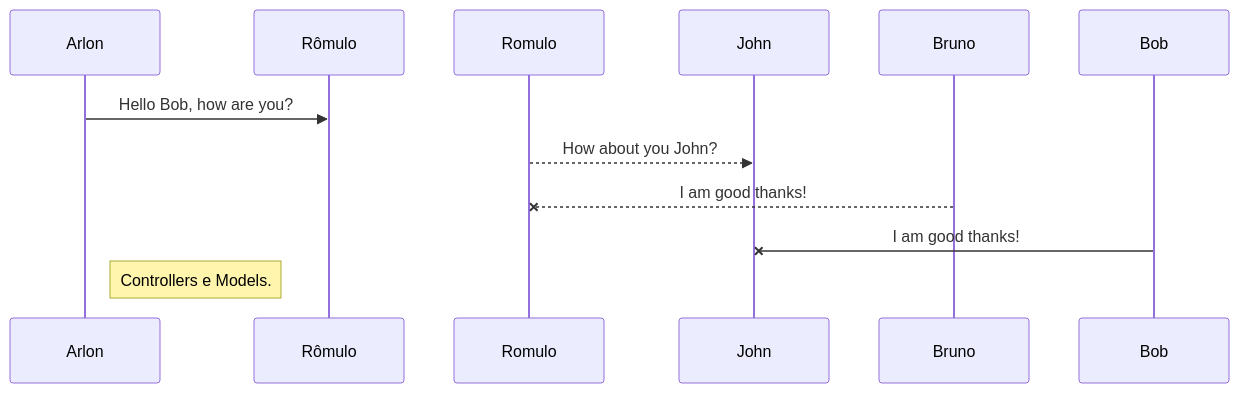
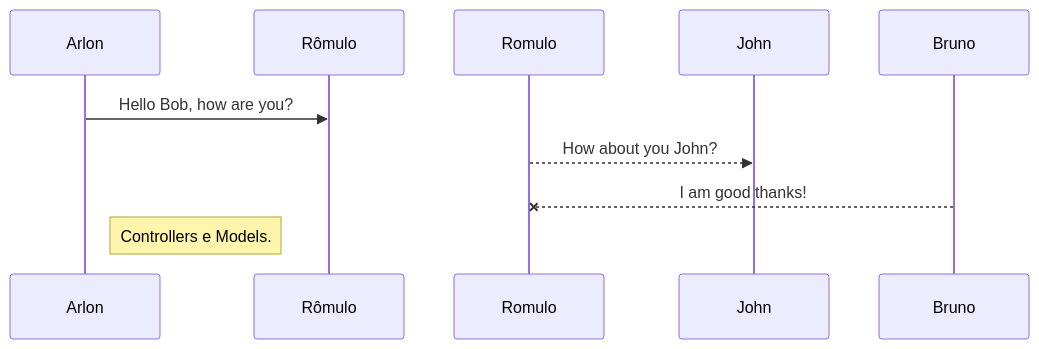
The diagram in README.md (byagc/delta), drawn with Mermaid before and after one commit.

````diff
--- a/README.md
+++ b/README.md
@@ -19,8 +19,7 @@
 ```mermaid
 sequenceDiagram
 Arlon->> Rômulo: Hello Bob, how are you?
 Romulo-->>John: How about you John?
 Bruno --x Romulo: I am good thanks!
-Bob-x John: I am good thanks!
 Note right of Arlon: Controllers e Models.
 ```
````
